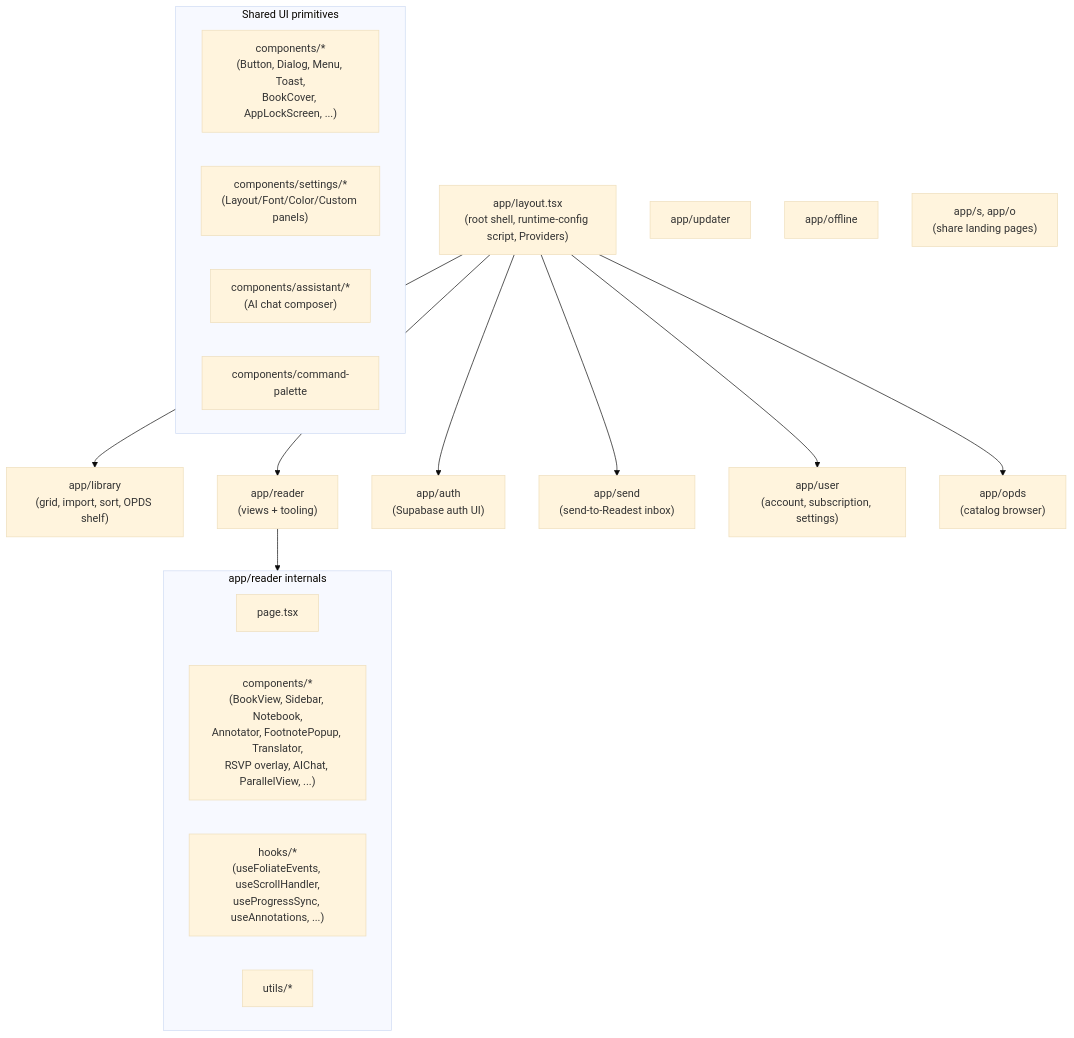
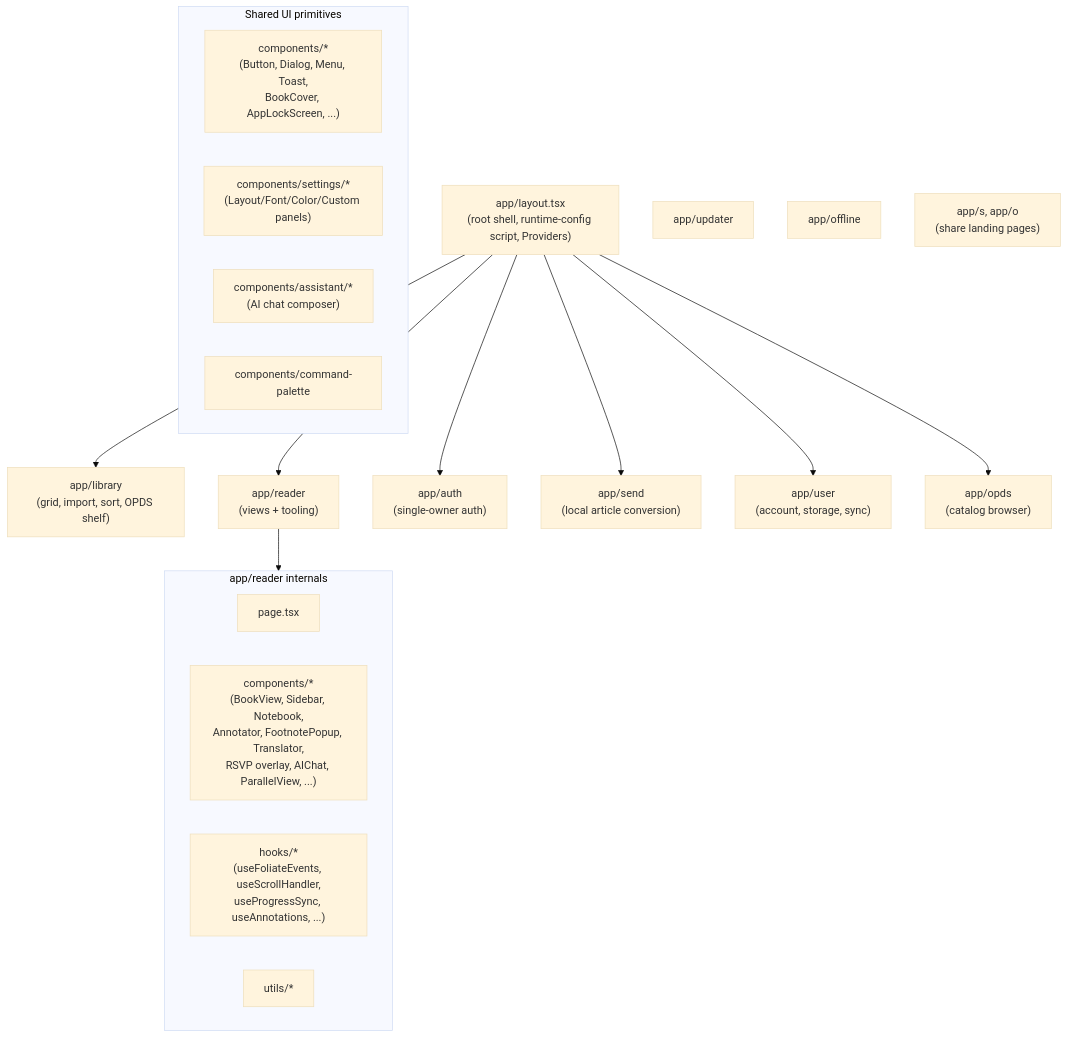
One commit to cnqso/bukshelf changed the third of 5 diagrams in apps/readest-app/docs/architecture.md. Above: the diagram before and after it, drawn with Mermaid (base theme). The commit also changed other lines of this file and 178 other files, not shown here.

````diff
--- a/apps/readest-app/docs/architecture.md
+++ b/apps/readest-app/docs/architecture.md
@@ -164,35 +158,35 @@
 ```mermaid
 flowchart TB
     Layout["app/layout.tsx<br/>(root shell, runtime-config script, Providers)"]
     Library["app/library<br/>(grid, import, sort, OPDS shelf)"]
     Reader["app/reader<br/>(views + tooling)"]
-    Auth["app/auth<br/>(Supabase auth UI)"]
-    Send["app/send<br/>(send-to-Readest inbox)"]
-    User["app/user<br/>(account, subscription, settings)"]
+    Auth["app/auth<br/>(single-owner auth)"]
+    Send["app/send<br/>(local article conversion)"]
+    User["app/user<br/>(account, storage, sync)"]
     Updater["app/updater"]
     Offline["app/offline"]
     OPDS["app/opds<br/>(catalog browser)"]
     Share["app/s, app/o<br/>(share landing pages)"]
 
     Layout --> Library
     Layout --> Reader
     Layout --> Auth
     Layout --> Send
     Layout --> User
     Layout --> OPDS
 
     subgraph ReaderInternals["app/reader internals"]
         ReaderPage["page.tsx"]
         ReaderComps["components/*<br/>(BookView, Sidebar, Notebook,<br/>Annotator, FootnotePopup, Translator,<br/>RSVP overlay, AIChat, ParallelView, ...)"]
         ReaderHooks["hooks/*<br/>(useFoliateEvents, useScrollHandler,<br/>useProgressSync, useAnnotations, ...)"]
         ReaderUtils["utils/*"]
     end
     Reader --> ReaderInternals
 
     subgraph Shared["Shared UI primitives"]
         Components["components/*<br/>(Button, Dialog, Menu, Toast,<br/>BookCover, AppLockScreen, ...)"]
         Settings["components/settings/*<br/>(Layout/Font/Color/Custom panels)"]
         Assistant["components/assistant/*<br/>(AI chat composer)"]
         CmdPalette["components/command-palette"]
     end
 ```
````
